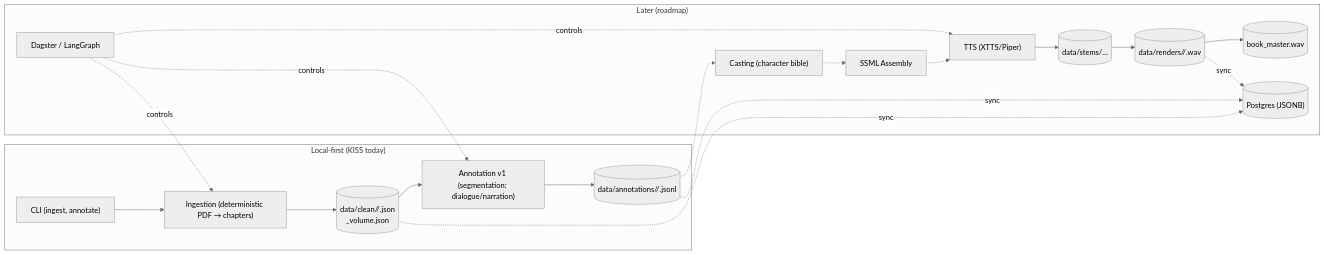
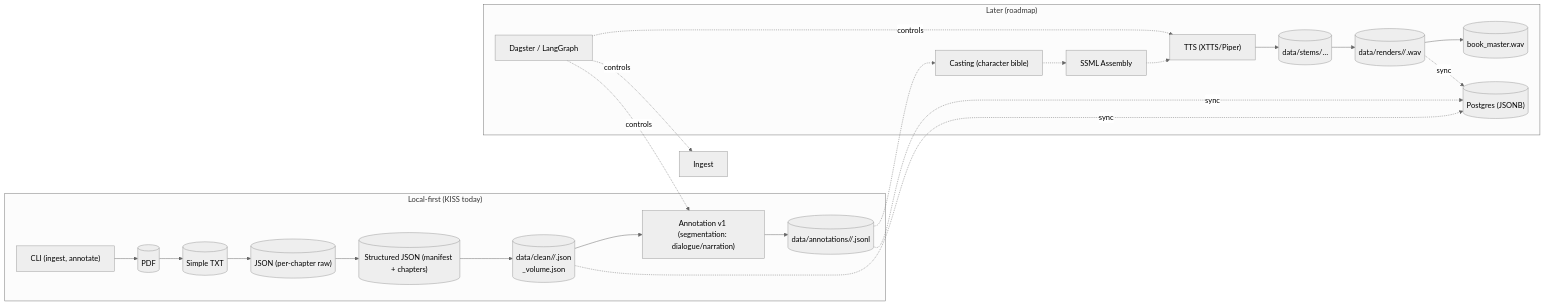
Before and after one commit to jwardwell7077/agent-audiobook-maker: the diagram in docs/ARCHITECTURE.md, drawn with Mermaid (neutral theme). The commit also changed 1 other file, not shown here.

Commit message:
docs(architecture): show explicit PDF → simple TXT → JSON → structured JSON pipeline in Mermaid diagrams

````diff
--- a/docs/ARCHITECTURE.md
+++ b/docs/ARCHITECTURE.md
@@ -5,32 +5,36 @@
 ```mermaid
 flowchart LR
   subgraph Dev["Local-first (KISS today)"]
     CLI["CLI (ingest, annotate)"]
-    Ingest["Ingestion (deterministic PDF → chapters)"]
+    PDF[("PDF")]
+    TXT[("Simple TXT")]
+    JSONRaw[("JSON (per-chapter raw)")]
+    JSONStruct[("Structured JSON (manifest + chapters)")]
     Annot["Annotation v1 (segmentation: dialogue/narration)"]
     Clean[("data/clean/<book>/<chapter>.json\n<pdf_stem>_volume.json")]
     Annos[("data/annotations/<book>/<chapter>.jsonl")]
   end
 
-  CLI --> Ingest --> Clean --> Annot --> Annos
+  CLI --> PDF --> TXT --> JSONRaw --> JSONStruct --> Clean
+  Clean --> Annot --> Annos
 
   subgraph Later["Later (roadmap)"]
     Casting["Casting (character bible)"]
     SSML["SSML Assembly"]
     TTS["TTS (XTTS/Piper)"]
     Stems[("data/stems/…")]
     Renders[("data/renders/<book>/<chapter>.wav")]
     Master[("book_master.wav")]
     Orchestrator["Dagster / LangGraph"]
     DB[("Postgres (JSONB)")]
   end
 
   Annos -.-> Casting -.-> SSML -.-> TTS --> Stems --> Renders --> Master
   Orchestrator -.controls.-> Ingest
   Orchestrator -.controls.-> Annot
   Orchestrator -.controls.-> TTS
 
   Clean -.sync.-> DB
   Annos -.sync.-> DB
   Renders -.sync.-> DB
 ```
````
